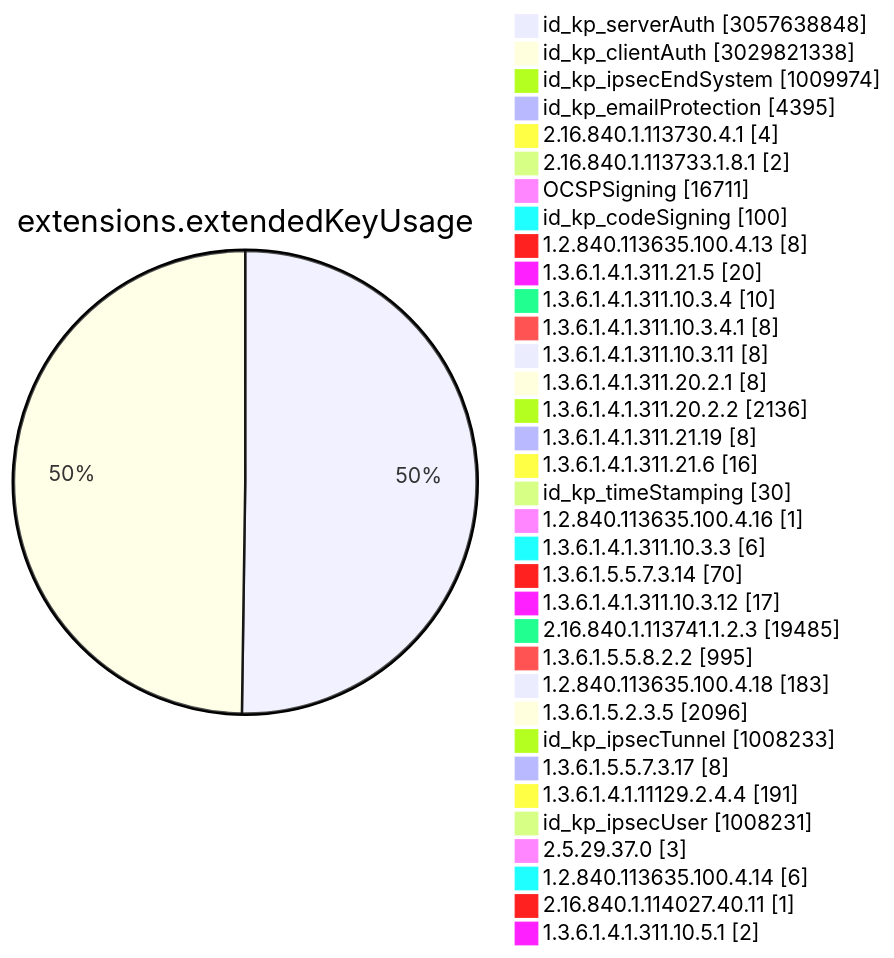
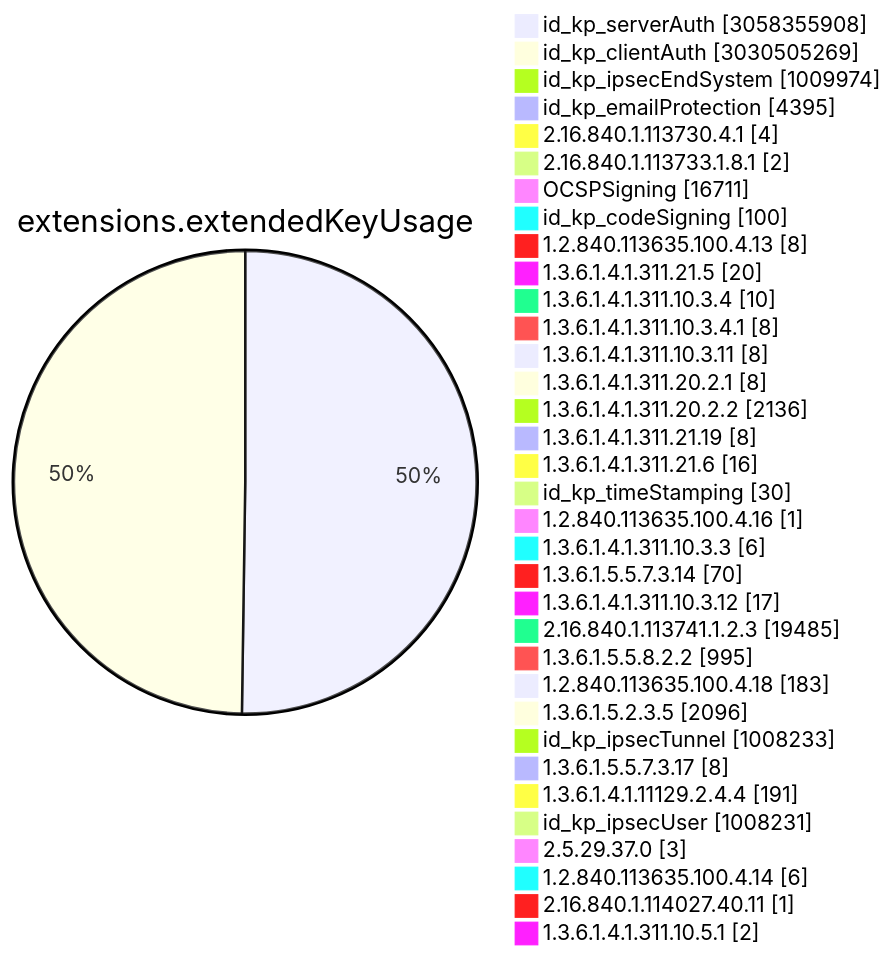
One commit to christiankrug/ctmonitor_visualization changed diagram 11 of 15 in TOTAL/README.md. Above: the diagram before and after it, drawn with Mermaid. The commit also changed other lines of this file, not shown here.

````diff
--- a/TOTAL/README.md
+++ b/TOTAL/README.md
@@ -4119,38 +4119,38 @@
 ```mermaid
 pie showData
 title extensions.extendedKeyUsage
-"id_kp_serverAuth" :3057638848
-"id_kp_clientAuth" :3029821338
+"id_kp_serverAuth" :3058355908
+"id_kp_clientAuth" :3030505269
 "id_kp_ipsecEndSystem" :1009974
 "id_kp_emailProtection" :4395
 "2.16.840.1.113730.4.1" :4
 "2.16.840.1.113733.1.8.1" :2
 "OCSPSigning" :16711
 "id_kp_codeSigning" :100
 "1.2.840.113635.100.4.13" :8
 "1.3.6.1.4.1.311.21.5" :20
 "1.3.6.1.4.1.311.10.3.4" :10
 "1.3.6.1.4.1.311.10.3.4.1" :8
 "1.3.6.1.4.1.311.10.3.11" :8
 "1.3.6.1.4.1.311.20.2.1" :8
 "1.3.6.1.4.1.311.20.2.2" :2136
 "1.3.6.1.4.1.311.21.19" :8
 "1.3.6.1.4.1.311.21.6" :16
 "id_kp_timeStamping" :30
 "1.2.840.113635.100.4.16" :1
 "1.3.6.1.4.1.311.10.3.3" :6
 "1.3.6.1.5.5.7.3.14" :70
 "1.3.6.1.4.1.311.10.3.12" :17
 "2.16.840.1.113741.1.2.3" :19485
 "1.3.6.1.5.5.8.2.2" :995
 "1.2.840.113635.100.4.18" :183
 "1.3.6.1.5.2.3.5" :2096
 "id_kp_ipsecTunnel" :1008233
 "1.3.6.1.5.5.7.3.17" :8
 "1.3.6.1.4.1.11129.2.4.4" :191
 "id_kp_ipsecUser" :1008231
 "2.5.29.37.0" :3
 "1.2.840.113635.100.4.14" :6
 "2.16.840.1.114027.40.11" :1
 "1.3.6.1.4.1.311.10.5.1" :2
 ```
````
